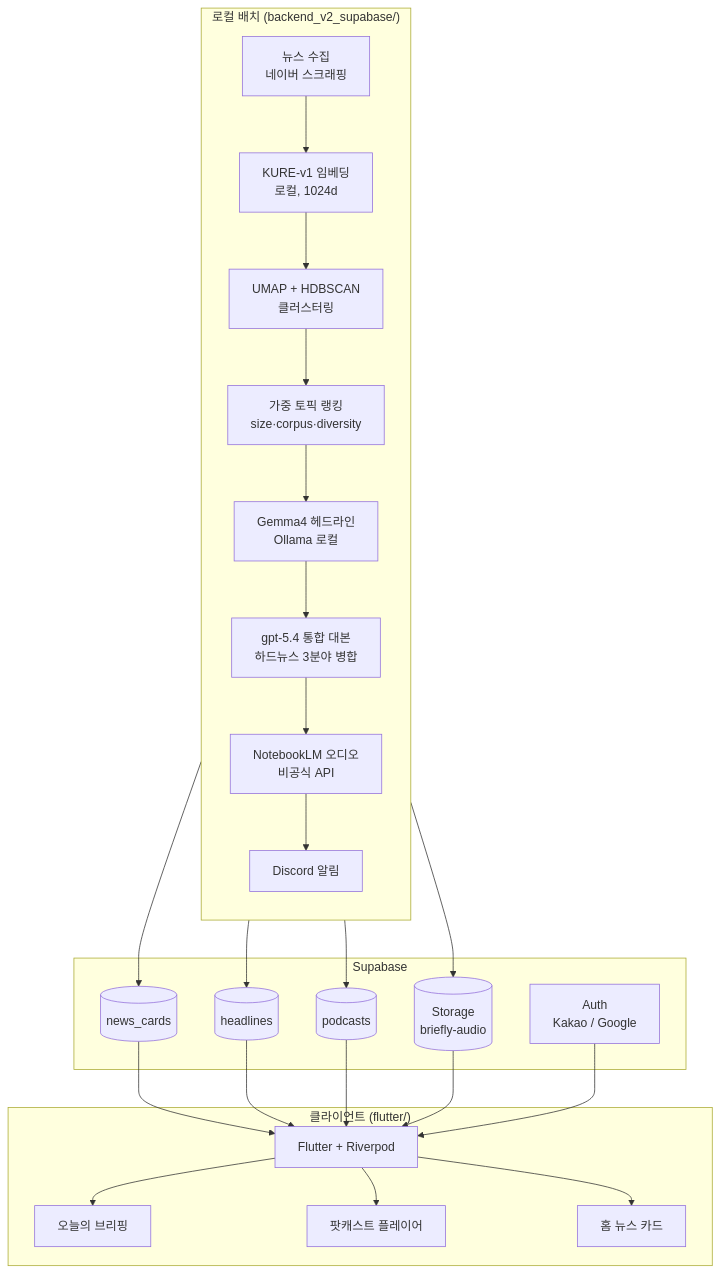
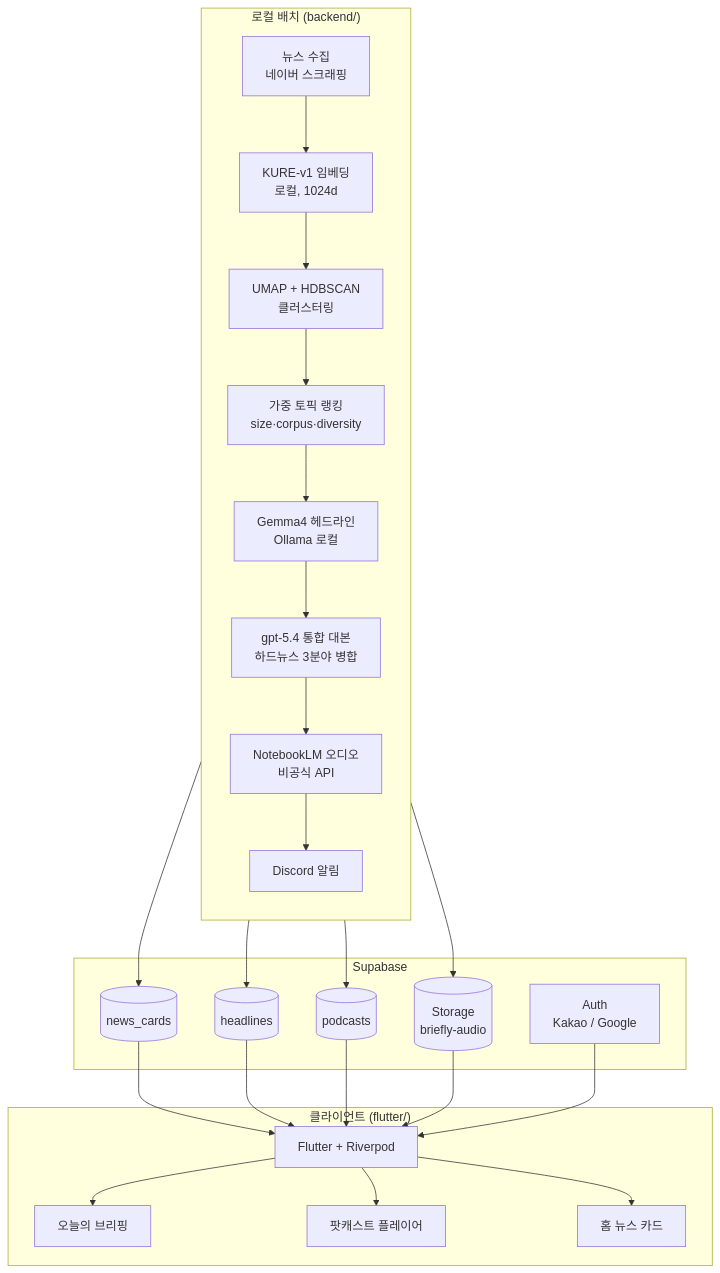
The diagram in README.md (kk53451/Briefly), drawn with Mermaid before and after one commit. The commit also changed other lines of this file and 55 other files, not shown here.

````diff
--- a/README.md
+++ b/README.md
@@ -33,44 +33,44 @@
 ```mermaid
 graph TB
-    subgraph "로컬 배치 (backend_v2_supabase/)"
+    subgraph "로컬 배치 (backend/)"
         direction TB
         N1[뉴스 수집<br/>네이버 스크래핑]
         N2[KURE-v1 임베딩<br/>로컬, 1024d]
         N3[UMAP + HDBSCAN<br/>클러스터링]
         N4[가중 토픽 랭킹<br/>size·corpus·diversity]
         N5[Gemma4 헤드라인<br/>Ollama 로컬]
         N6[gpt-5.4 통합 대본<br/>하드뉴스 3분야 병합]
         N7[NotebookLM 오디오<br/>비공식 API]
         N9[Discord 알림]
     end
 
     subgraph "Supabase"
         D1[(news_cards)]
         D2[(headlines)]
         D3[(podcasts)]
         S1[(Storage<br/>briefly-audio)]
         AU[Auth<br/>Kakao / Google]
     end
 
     subgraph "클라이언트 (flutter/)"
         M1[Flutter + Riverpod]
         M2[오늘의 브리핑]
         M3[팟캐스트 플레이어]
         M4[홈 뉴스 카드]
     end
 
     N1 --> N2 --> N3 --> N4 --> N5 --> N6 --> N7 --> N9
     N4 --> D1
     N5 --> D2
     N7 --> D3
     N7 --> S1
 
     D1 --> M1
     D2 --> M1
     D3 --> M1
     S1 --> M1
     AU --> M1
     M1 --> M2
     M1 --> M3
     M1 --> M4
 ```
````
